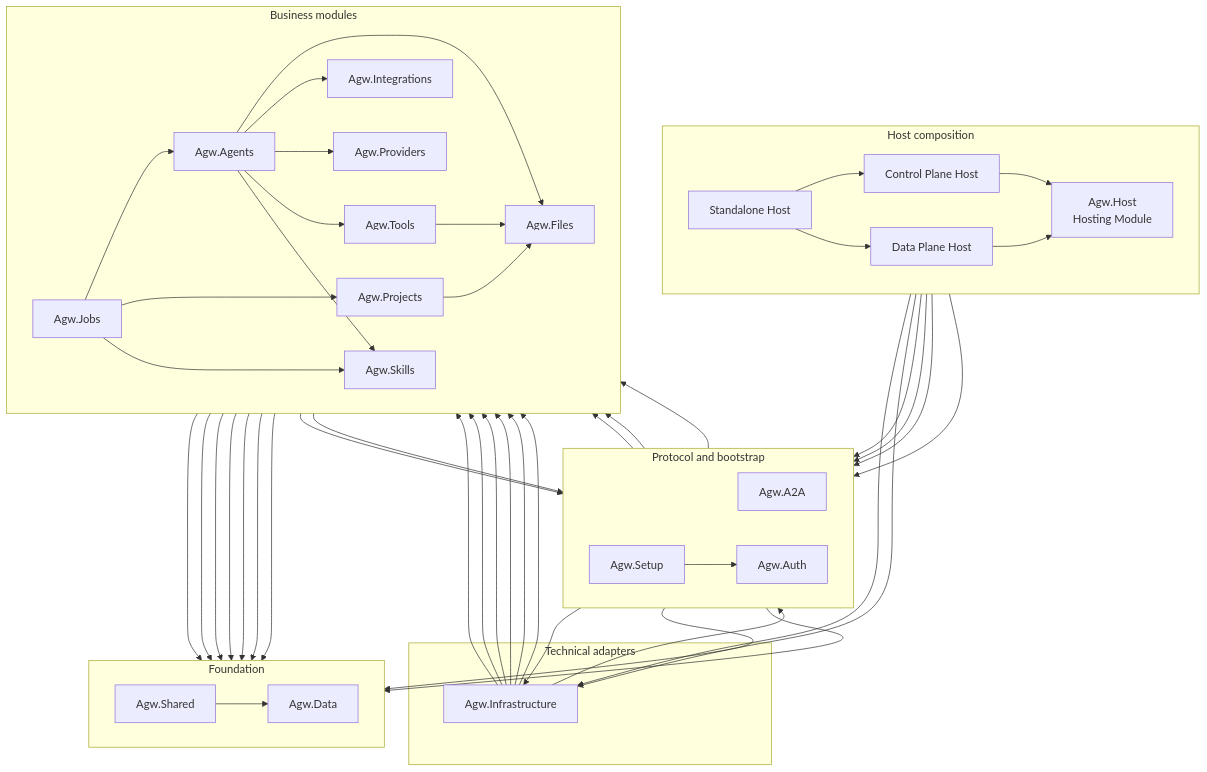
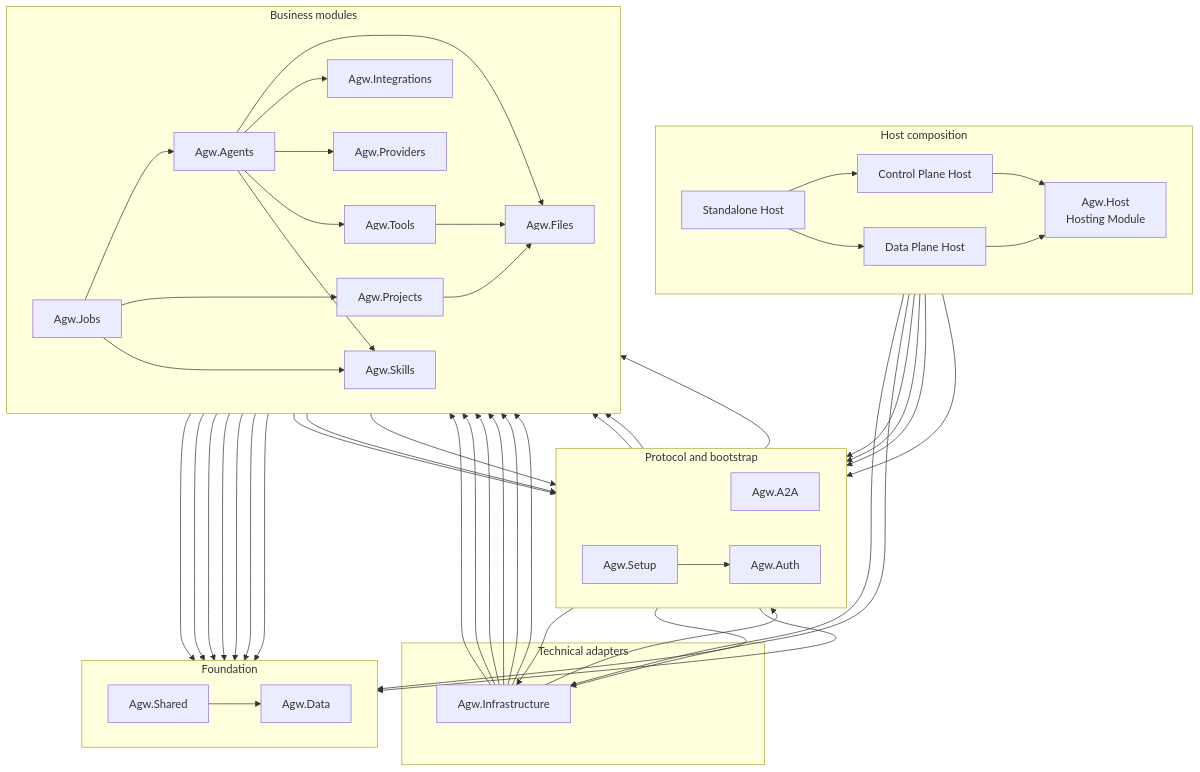
The diagram in docs/2.Architecture.md (zxyao145/agw), drawn with Mermaid before and after one commit. The commit also changed 97 other files, not shown here.

First line of the commit message:
test(architecture): add backend module boundary guardrails

```diff
--- a/docs/2.Architecture.md
+++ b/docs/2.Architecture.md
@@ -130,6 +130,7 @@
     AGENTS --> SKILLS
 
     PROJECTS --> FILES
+    PROJECTS --> AUTH
     PROJECTS --> SHARED
     TOOLS --> AUTH
     TOOLS --> FILES
```
